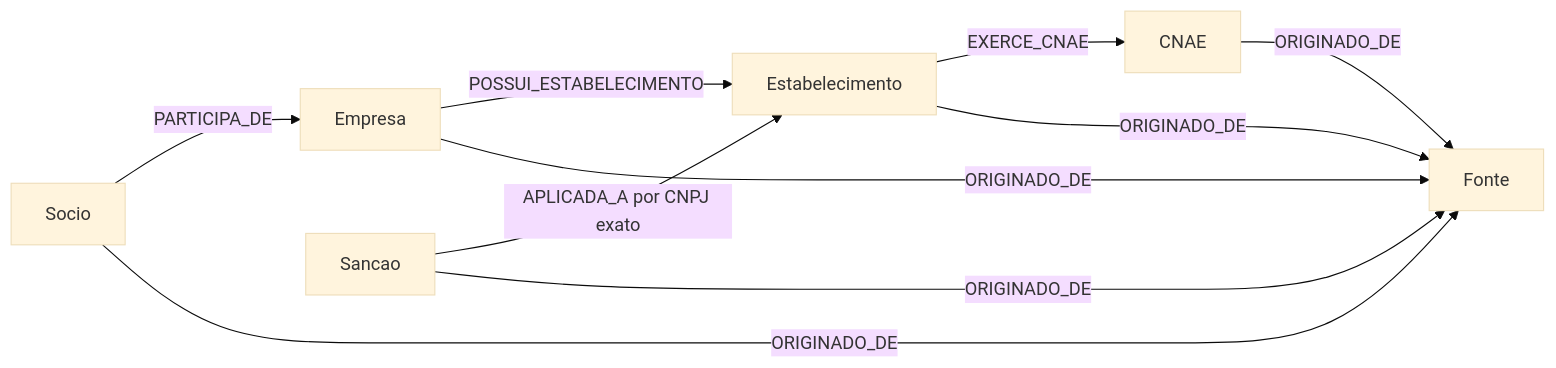
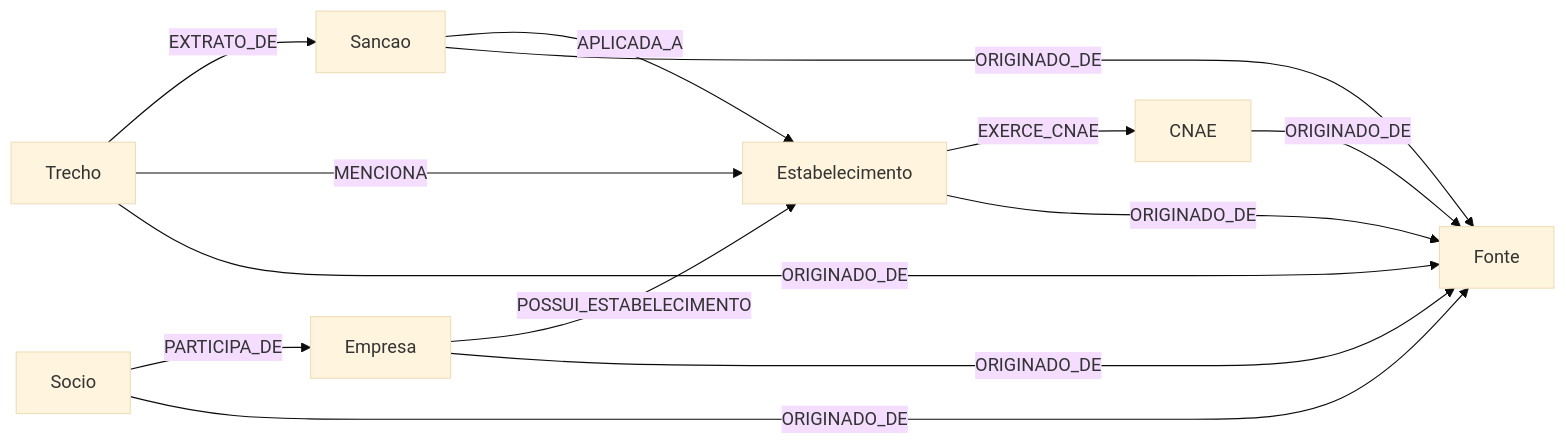
One commit to Vitorfjs/fiscalgraph-br changed the diagram in docs/modelagem-lpg.md. Above: the diagram before and after it, drawn with Mermaid (base theme). The commit also changed other lines of this file and 13 other files, not shown here.

Commit message:
feat(graph): implementa schema e carga LPG no Neo4j

````diff
--- a/docs/modelagem-lpg.md
+++ b/docs/modelagem-lpg.md
@@ -353,13 +327,17 @@
 ```mermaid
 flowchart LR
     S[Socio] -->|PARTICIPA_DE| E[Empresa]
     E -->|POSSUI_ESTABELECIMENTO| EST[Estabelecimento]
     EST -->|EXERCE_CNAE| C[CNAE]
-    SAN[Sancao] -->|APLICADA_A por CNPJ exato| EST
+    SAN[Sancao] -->|APLICADA_A| EST
 
-    E -->|ORIGINADO_DE| F[Fonte]
+    T[Trecho] -->|EXTRATO_DE| SAN
+    T -->|MENCIONA| EST
+    T -->|ORIGINADO_DE| F[Fonte]
+
+    E -->|ORIGINADO_DE| F
     EST -->|ORIGINADO_DE| F
     S -->|ORIGINADO_DE| F
     C -->|ORIGINADO_DE| F
     SAN -->|ORIGINADO_DE| F
 ```
````
